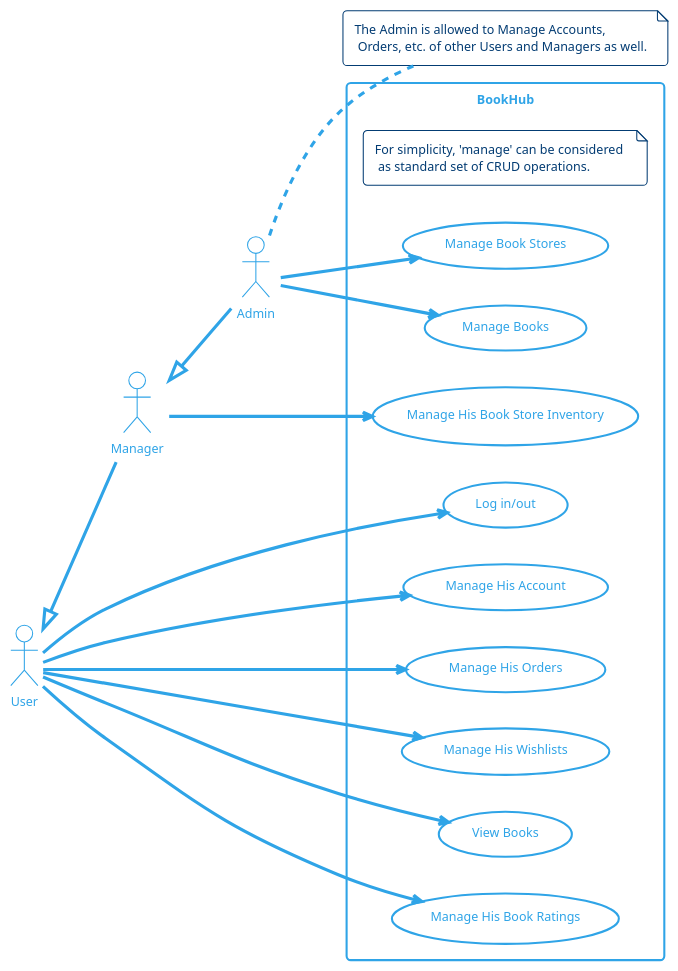
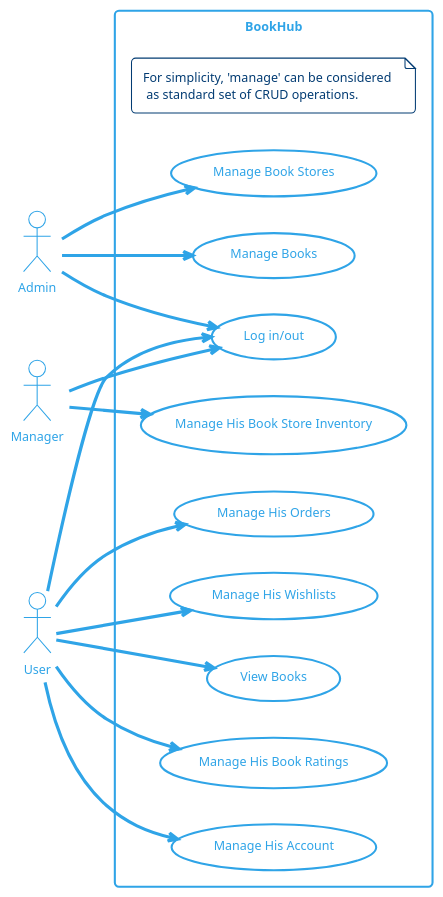
Before and after one commit to Makaveli1O/C-_bookhub: the diagram in diagrams/usecase/usecase.puml, drawn with PlantUML. The commit also changed 2 other files, not shown here.

Commit message:
M1 FIX - fix UseCase diagram

```diff
--- a/diagrams/usecase/usecase.puml
+++ b/diagrams/usecase/usecase.puml
@@ -1,47 +1,43 @@
 @startuml
 ' visual settings
 !theme cerulean-outline
 hide circle
 skinparam backgroundColor white
 
 left to right direction
 
 actor Admin as adm
 actor Manager as mgr
 actor User as usr
-
-usr <|-- mgr
-mgr <|-- adm
-
 
 
 rectangle BookHub {
 note "For simplicity, 'manage' can be considered \n as standard set of CRUD operations." as nt
 
 usecase (Log in/out) as auth
 usecase (Manage Book Stores) as M_store
 usecase (Manage His Book Store Inventory) as M_inv
 usecase (Manage His Account) as M_acc
 usecase (Manage His Orders) as M_ord
 usecase (Manage His Wishlists) as M_wish
 usecase (View Books) as R_book
 usecase (Manage His Book Ratings) as Rate_book
 usecase (Manage Books) as M_book
 }
 
-note "The Admin is allowed to Manage Accounts, \n Orders, etc. of other Users and Managers as well." as adm_note
-adm .. adm_note
-
 usr --> auth
 usr --> M_acc
 usr --> M_ord
 usr --> M_wish
 usr --> R_book
 usr --> Rate_book
 
 adm --> M_store
 adm --> M_book
 
 mgr --> M_inv
 
+mgr --> auth
+adm --> auth
+
 @enduml
```
